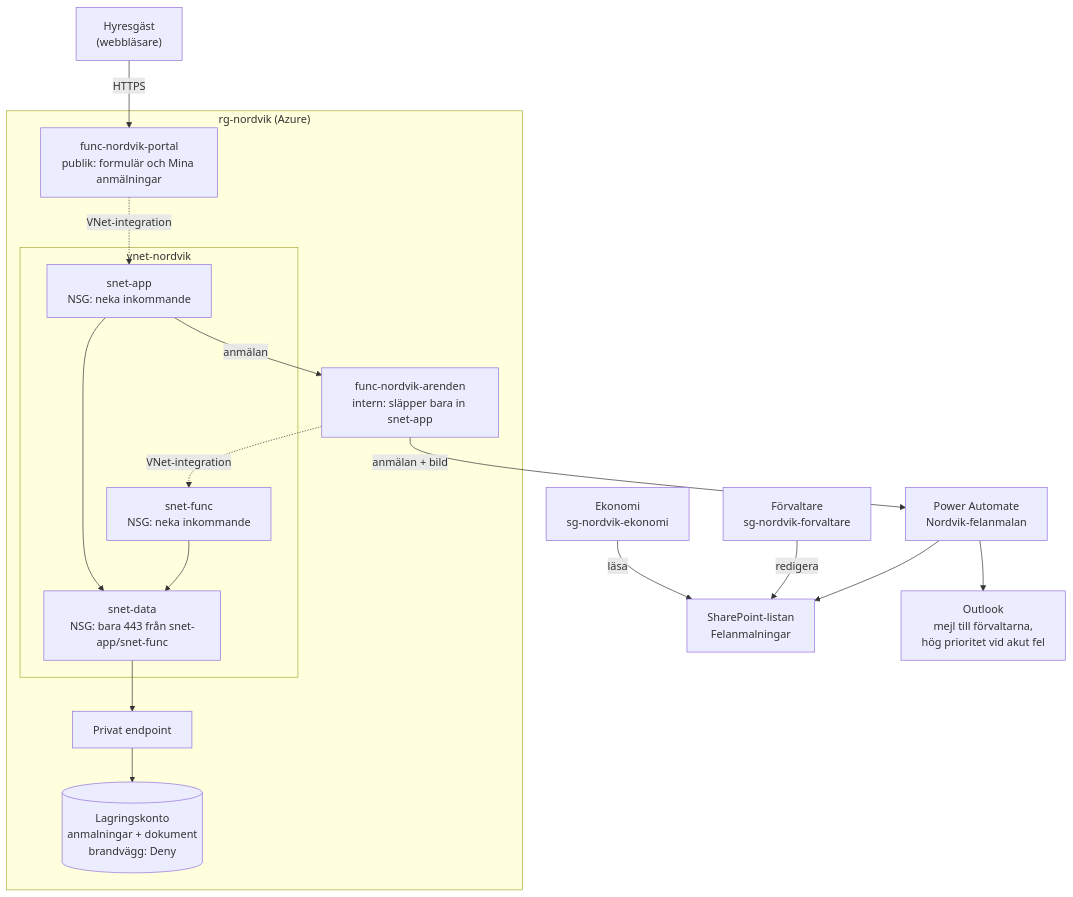
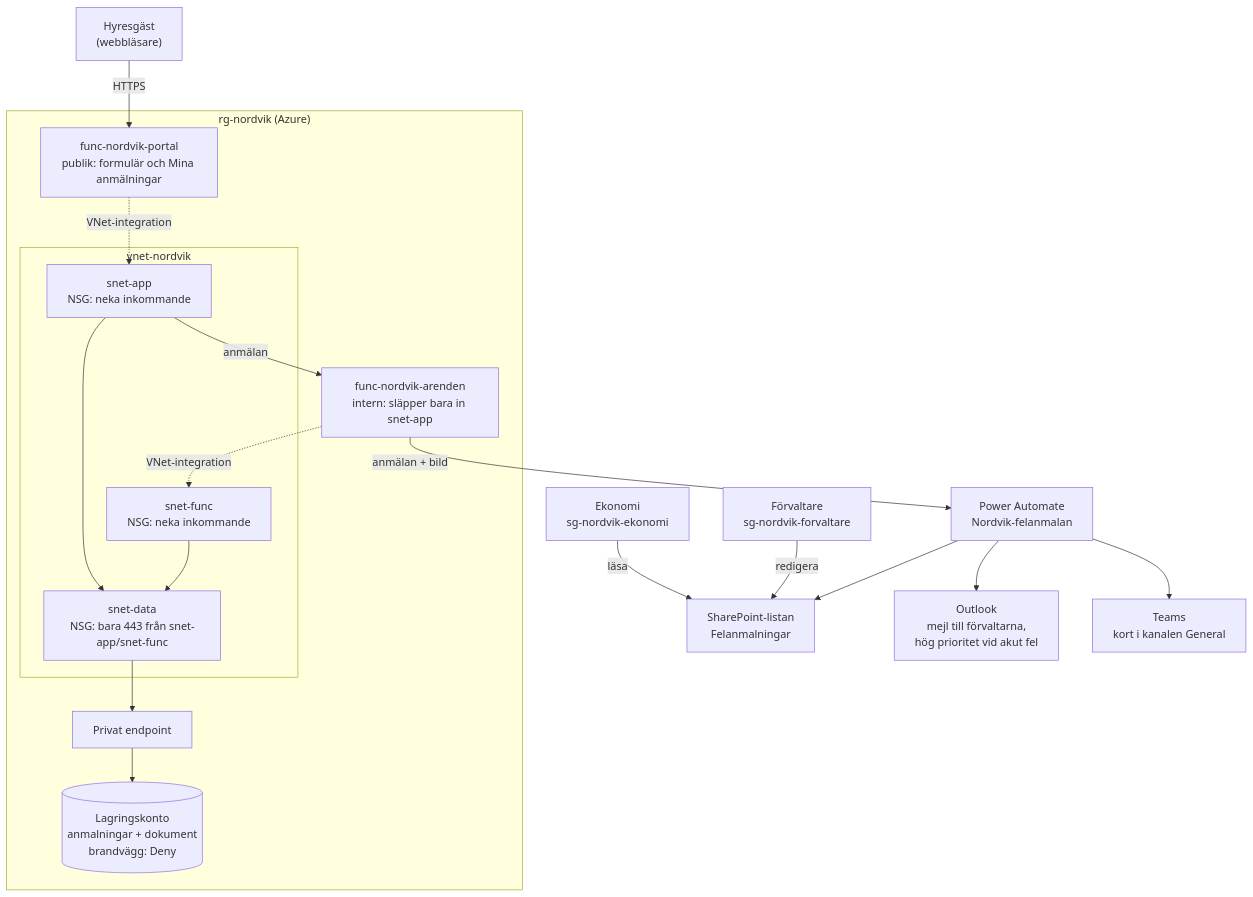
The diagram in v41/README.md (80idralt/azure), drawn with Mermaid before and after one commit. The commit also changed other lines of this file and 2 other files, not shown here.

Commit message:
v41: Teams-notis som adaptivt kort i förvaltarnas kanal

````diff
--- a/v41/README.md
+++ b/v41/README.md
@@ -30,30 +30,31 @@
 ```mermaid
 flowchart TD
     H["Hyresgäst<br/>(webbläsare)"] -->|HTTPS| P
 
     subgraph AZ["rg-nordvik (Azure)"]
         P["func-nordvik-portal<br/>publik: formulär och Mina anmälningar"]
         subgraph VN["vnet-nordvik"]
             SA["snet-app<br/>NSG: neka inkommande"]
             SF["snet-func<br/>NSG: neka inkommande"]
             SD["snet-data<br/>NSG: bara 443 från snet-app/snet-func"]
         end
         A["func-nordvik-arenden<br/>intern: släpper bara in snet-app"]
         PE["Privat endpoint"]
         ST[("Lagringskonto<br/>anmalningar + dokument<br/>brandvägg: Deny")]
     end
 
     P -.->|VNet-integration| SA
     SA -->|anmälan| A
     A -.->|VNet-integration| SF
     SF --> SD
     SA --> SD
     SD --> PE --> ST
 
     A -->|anmälan + bild| PA["Power Automate<br/>Nordvik-felanmalan"]
     PA --> SP["SharePoint-listan<br/>Felanmalningar"]
     PA --> OL["Outlook<br/>mejl till förvaltarna,<br/>hög prioritet vid akut fel"]
+    PA --> TM["Teams<br/>kort i kanalen General"]
 
     F["Förvaltare<br/>sg-nordvik-forvaltare"] -->|redigera| SP
     E["Ekonomi<br/>sg-nordvik-ekonomi"] -->|läsa| SP
 ```
````
